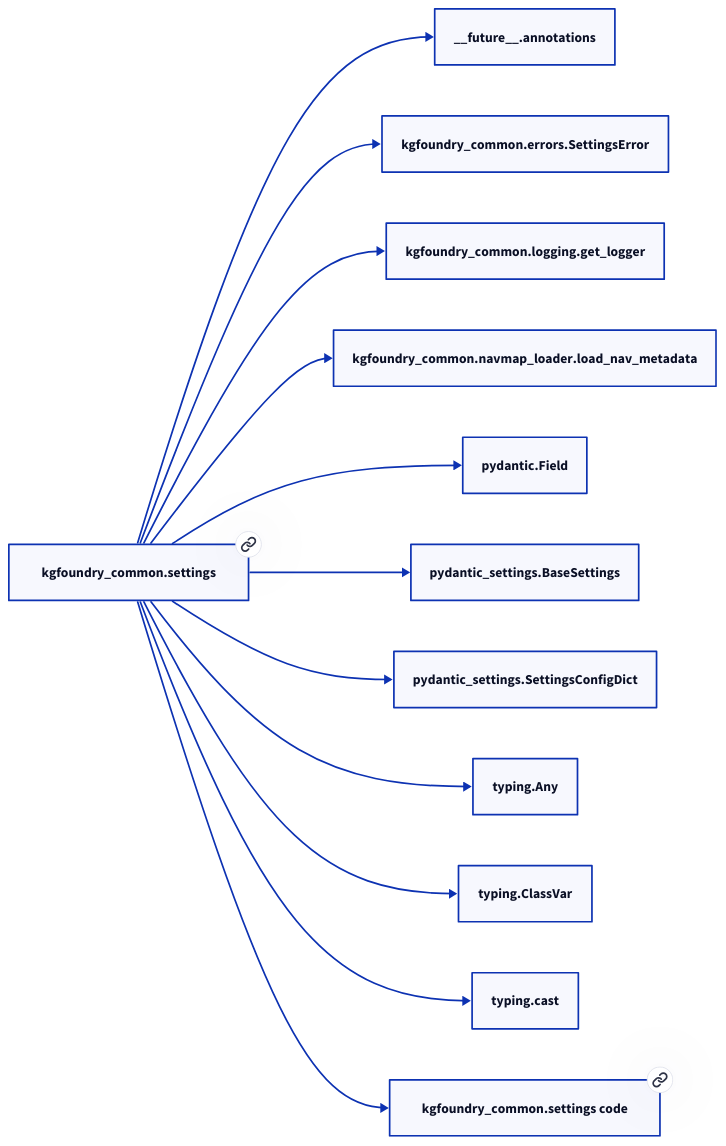
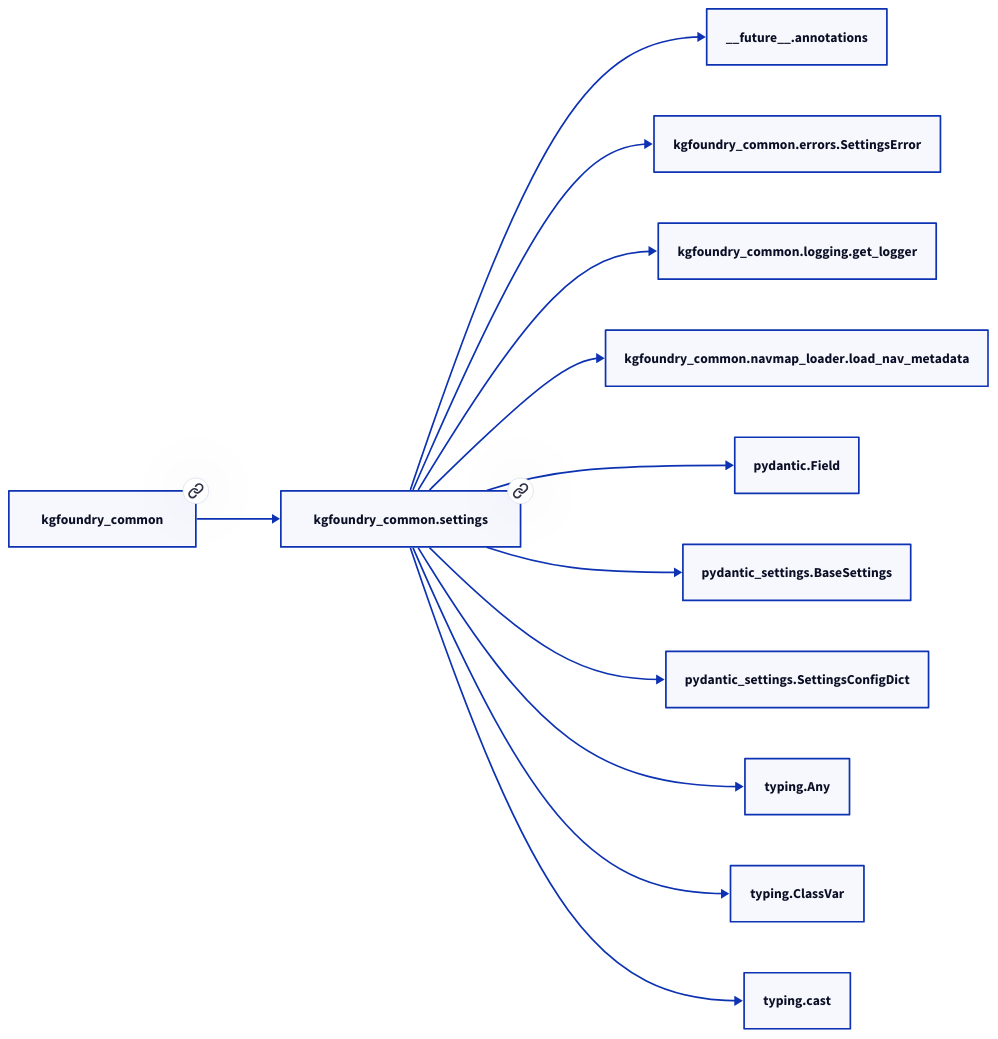
The second of 2 diagrams in docs/modules/kgfoundry_common/settings.md (paul-heyse/kgforge), drawn with D2 before and after one commit. The commit also changed other lines of this file and 208 other files, not shown here.

````diff
--- a/docs/modules/kgfoundry_common/settings.md
+++ b/docs/modules/kgfoundry_common/settings.md
@@ -77,26 +81,26 @@
 ```d2
 direction: right
-"kgfoundry_common.settings": "kgfoundry_common.settings" { link: "./kgfoundry_common/settings.md" }
+"kgfoundry_common.settings": "kgfoundry_common.settings" { link: "https://github.com/paul-heyse/kgfoundry/blob/main/src/kgfoundry_common/settings.py" }
 "__future__.annotations": "__future__.annotations"
 "kgfoundry_common.settings" -> "__future__.annotations"
 "kgfoundry_common.errors.SettingsError": "kgfoundry_common.errors.SettingsError"
 "kgfoundry_common.settings" -> "kgfoundry_common.errors.SettingsError"
 "kgfoundry_common.logging.get_logger": "kgfoundry_common.logging.get_logger"
 "kgfoundry_common.settings" -> "kgfoundry_common.logging.get_logger"
 "kgfoundry_common.navmap_loader.load_nav_metadata": "kgfoundry_common.navmap_loader.load_nav_metadata"
 "kgfoundry_common.settings" -> "kgfoundry_common.navmap_loader.load_nav_metadata"
 "pydantic.Field": "pydantic.Field"
 "kgfoundry_common.settings" -> "pydantic.Field"
 "pydantic_settings.BaseSettings": "pydantic_settings.BaseSettings"
 "kgfoundry_common.settings" -> "pydantic_settings.BaseSettings"
 "pydantic_settings.SettingsConfigDict": "pydantic_settings.SettingsConfigDict"
 "kgfoundry_common.settings" -> "pydantic_settings.SettingsConfigDict"
 "typing.Any": "typing.Any"
 "kgfoundry_common.settings" -> "typing.Any"
 "typing.ClassVar": "typing.ClassVar"
 "kgfoundry_common.settings" -> "typing.ClassVar"
 "typing.cast": "typing.cast"
 "kgfoundry_common.settings" -> "typing.cast"
-"kgfoundry_common.settings_code": "kgfoundry_common.settings code" { link: "https://github.com/kgfoundry/kgfoundry/blob/main/src/kgfoundry_common/settings.py" }
-"kgfoundry_common.settings" -> "kgfoundry_common.settings_code" { style: dashed }
+"kgfoundry_common": "kgfoundry_common" { link: "https://github.com/paul-heyse/kgfoundry/blob/main/src/kgfoundry_common/__init__.py" }
+"kgfoundry_common" -> "kgfoundry_common.settings" { style: dashed }
 ```
````
